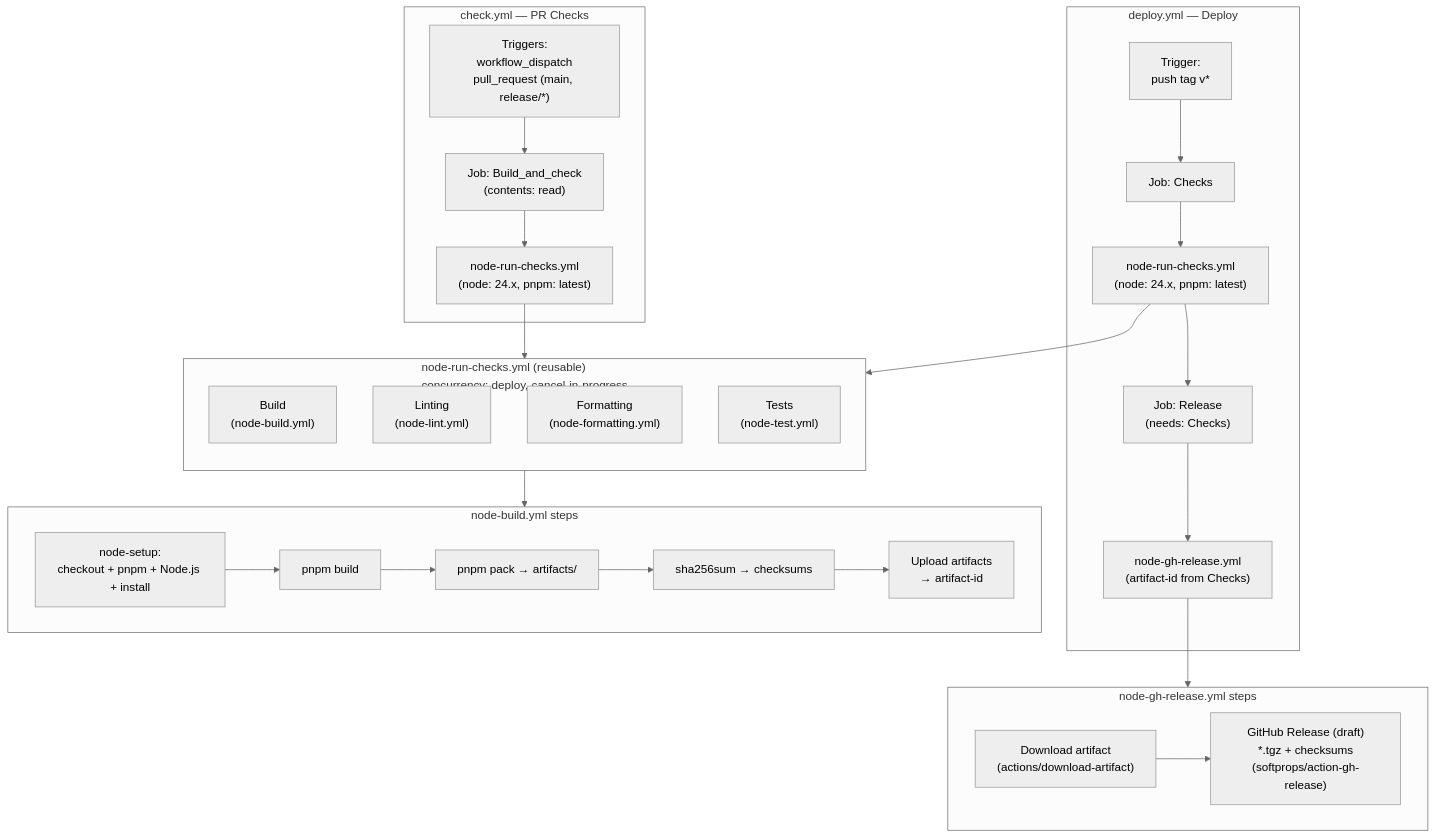
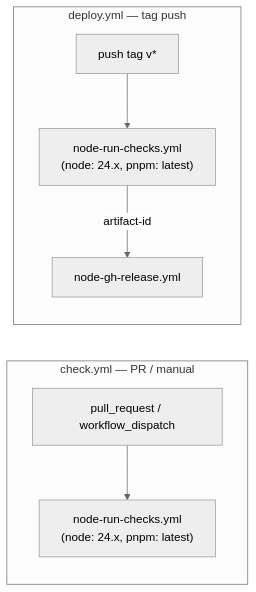
Before and after one commit to tylerkelly13/url_checker: the diagram in .github/workflows/ci-cd-pipeline.mmd, drawn with Mermaid (neutral theme). The commit also changed 5 other files, not shown here.

```diff
--- a/.github/workflows/ci-cd-pipeline.mmd
+++ b/.github/workflows/ci-cd-pipeline.mmd
@@ -1,42 +1,9 @@
-flowchart TD
-    subgraph checks["check.yml — PR Checks"]
-        A1["Triggers:\nworkflow_dispatch\npull_request (main, release/*)"]
-        A1 --> A2["Job: Build_and_check\n(contents: read)"]
-        A2 --> RC["node-run-checks.yml\n(node: 24.x, pnpm: latest)"]
+graph LR
+    subgraph checks["check.yml — PR / manual"]
+        A1["pull_request / workflow_dispatch"] --> A2["node-run-checks.yml\n(node: 24.x, pnpm: latest)"]
     end
 
-    subgraph deploy["deploy.yml — Deploy"]
-        B1["Trigger:\npush tag v*"]
-        B1 --> B2["Job: Checks"]
-        B2 --> RC2["node-run-checks.yml\n(node: 24.x, pnpm: latest)"]
-        RC2 --> B3["Job: Release\n(needs: Checks)"]
-        B3 --> GHR["node-gh-release.yml\n(artifact-id from Checks)"]
+    subgraph deploy["deploy.yml — tag push"]
+        B1["push tag v*"] --> B2["node-run-checks.yml\n(node: 24.x, pnpm: latest)"]
+        B2 -->|"artifact-id"| B3["node-gh-release.yml"]
     end
-
-    subgraph run_checks["node-run-checks.yml (reusable)\nconcurrency: deploy, cancel-in-progress"]
-        direction TB
-        RCB["Build\n(node-build.yml)"]
-        RCL["Linting\n(node-lint.yml)"]
-        RCF["Formatting\n(node-formatting.yml)"]
-        RCT["Tests\n(node-test.yml)"]
-    end
-
-    subgraph node_build["node-build.yml steps"]
-        S1["node-setup:\ncheckout + pnpm + Node.js + install"]
-        S2["pnpm build"]
-        S3["pnpm pack → artifacts/"]
-        S4["sha256sum → checksums"]
-        S5["Upload artifacts\n→ artifact-id"]
-        S1 --> S2 --> S3 --> S4 --> S5
-    end
-
-    subgraph gh_release["node-gh-release.yml steps"]
-        R1["Download artifact\n(actions/download-artifact)"]
-        R2["GitHub Release (draft)\n*.tgz + checksums\n(softprops/action-gh-release)"]
-        R1 --> R2
-    end
-
-    RC --> run_checks
-    RC2 --> run_checks
-    RCB --> node_build
-    GHR --> gh_release
```
